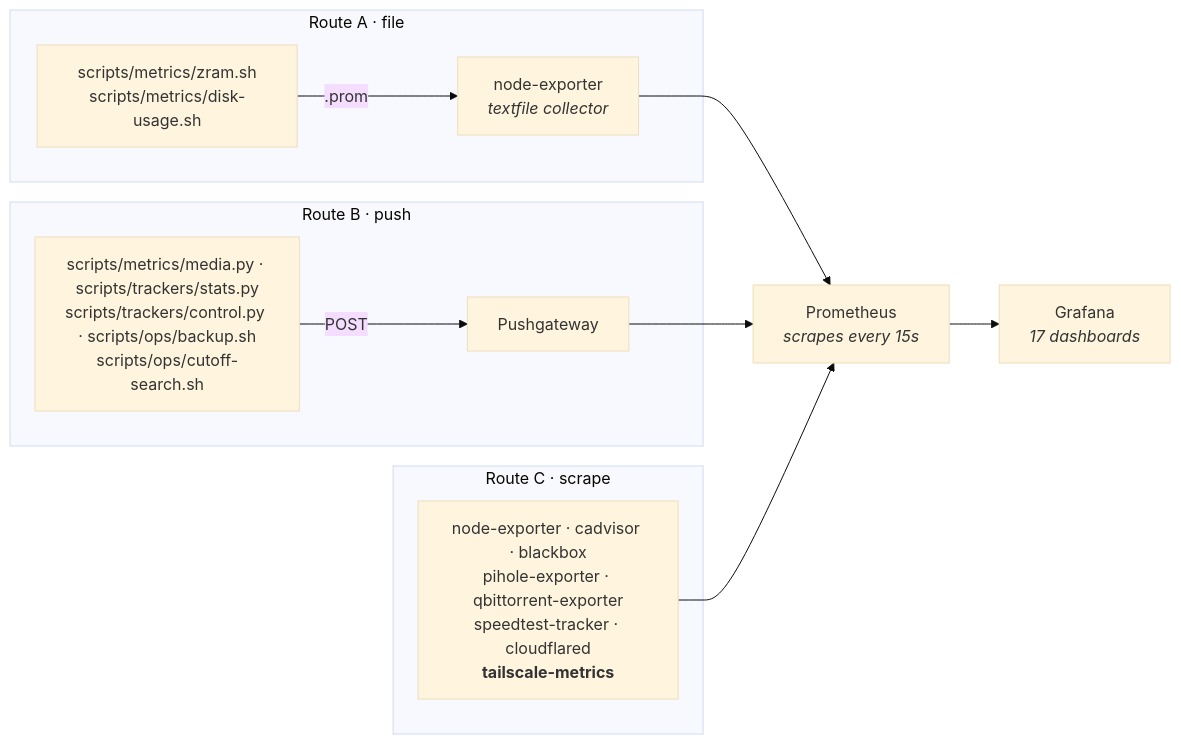
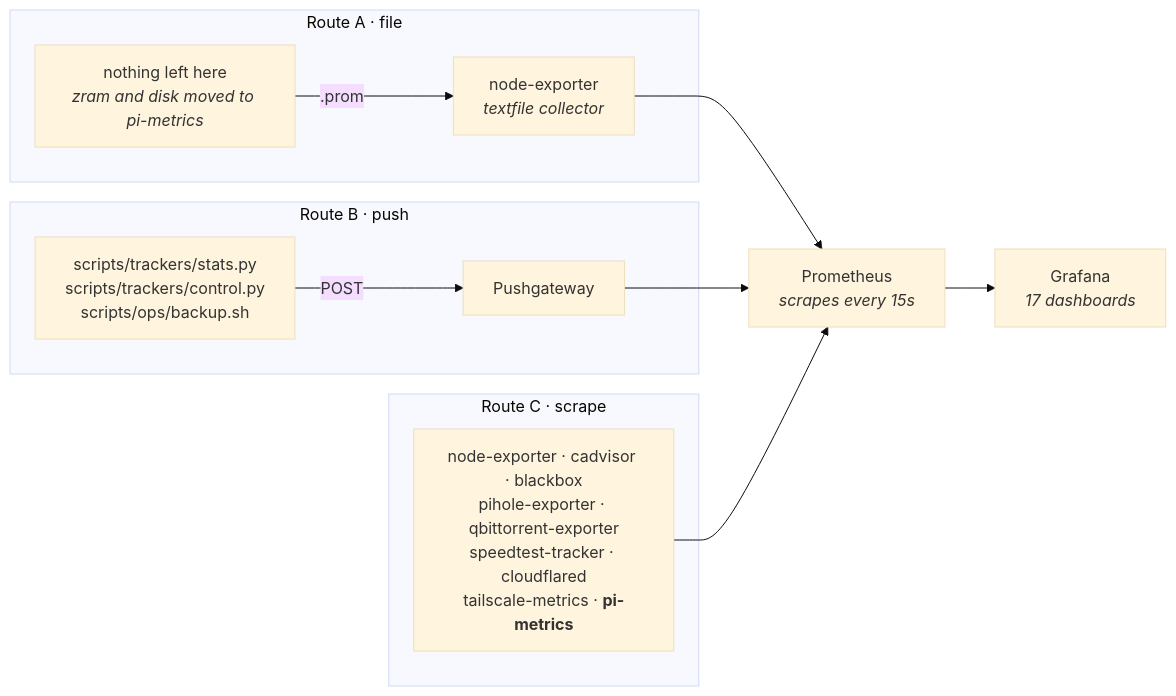
One commit to PlatanosVerdes/rpi-homeserver changed the sixth of 8 diagrams in docs/architecture.md. Above: the diagram before and after it, drawn with Mermaid (base theme). The commit also changed other lines of this file and 15 other files, not shown here.

````diff
--- a/docs/architecture.md
+++ b/docs/architecture.md
@@ -264,16 +264,16 @@
 ```mermaid
 flowchart LR
   subgraph A["Route A · file"]
-    S1["scripts/metrics/zram.sh<br/>scripts/metrics/disk-usage.sh"] -->|.prom| NE["node-exporter<br/><i>textfile collector</i>"]
+    S1["nothing left here<br/><i>zram and disk moved to pi-metrics</i>"] -->|.prom| NE["node-exporter<br/><i>textfile collector</i>"]
   end
   subgraph B["Route B · push"]
-    S2["scripts/metrics/media.py · scripts/trackers/stats.py<br/>scripts/trackers/control.py · scripts/ops/backup.sh<br/>scripts/ops/cutoff-search.sh"] -->|POST| PG["Pushgateway"]
+    S2["scripts/trackers/stats.py<br/>scripts/trackers/control.py<br/>scripts/ops/backup.sh"] -->|POST| PG["Pushgateway"]
   end
   subgraph C["Route C · scrape"]
-    EX["node-exporter · cadvisor · blackbox<br/>pihole-exporter · qbittorrent-exporter<br/>speedtest-tracker · cloudflared<br/><b>tailscale-metrics</b>"]
+    EX["node-exporter · cadvisor · blackbox<br/>pihole-exporter · qbittorrent-exporter<br/>speedtest-tracker · cloudflared<br/>tailscale-metrics · <b>pi-metrics</b>"]
   end
   NE --> PROM
   PG --> PROM
   EX --> PROM
   PROM["Prometheus<br/><i>scrapes every 15s</i>"] --> GR["Grafana<br/><i>17 dashboards</i>"]
 ```
````
